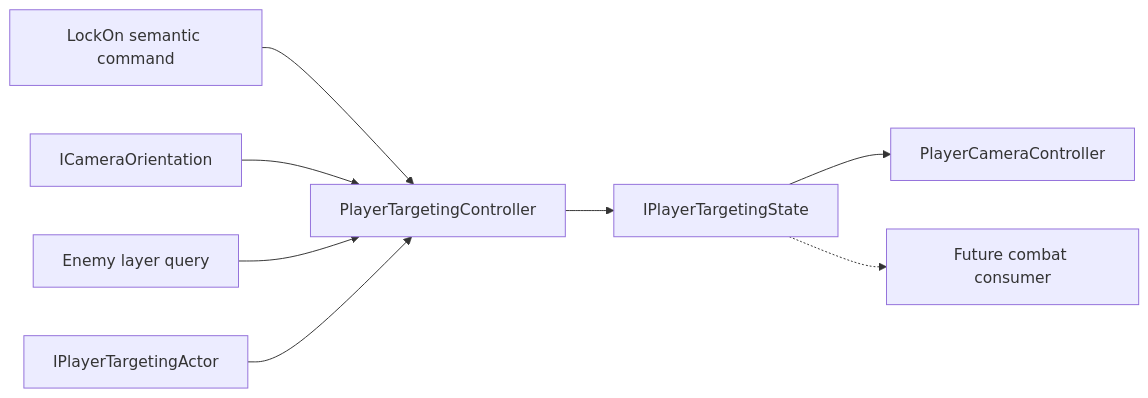
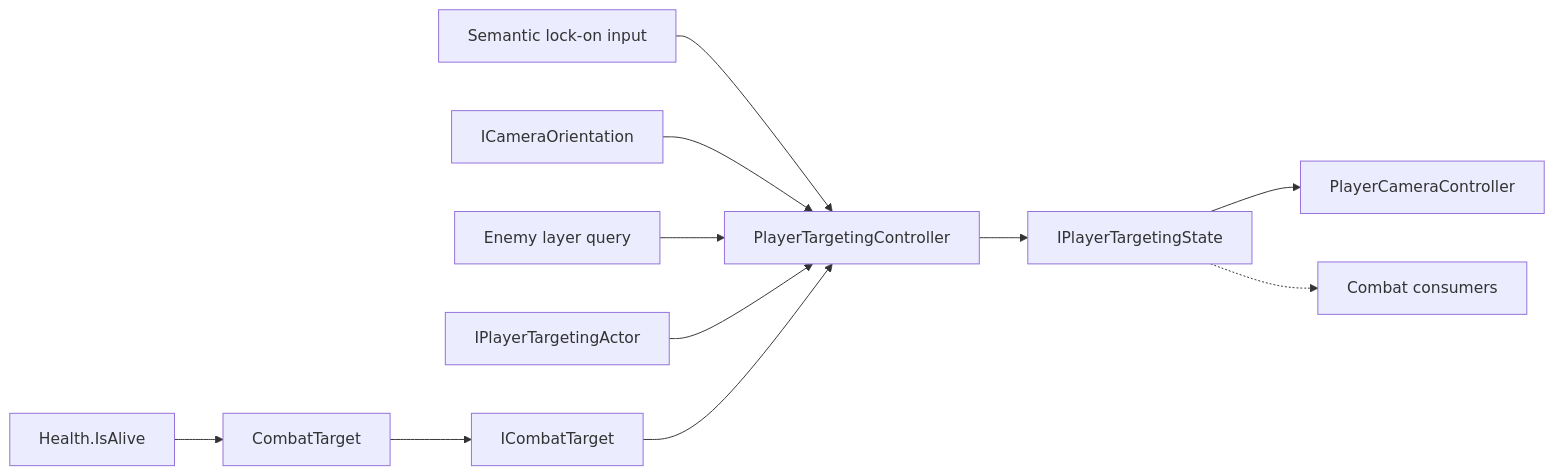
The second of 2 diagrams in Docs/Architecture/Player.Targeting.md (MaximFonariuc/project-s), drawn with Mermaid before and after one commit. The commit also changed other lines of this file and 4 other files, not shown here.

Commit message:
feat: add explicit combat target boundary

````diff
--- a/Docs/Architecture/Player.Targeting.md
+++ b/Docs/Architecture/Player.Targeting.md
@@ -83,10 +120,13 @@
 ```mermaid
 flowchart LR
-    Input["LockOn semantic command"] --> Targeting["PlayerTargetingController"]
+    Input["Semantic lock-on input"] --> Targeting["PlayerTargetingController"]
     CameraView["ICameraOrientation"] --> Targeting
     Physics["Enemy layer query"] --> Targeting
     Actor["IPlayerTargetingActor"] --> Targeting
+    Target["ICombatTarget"] --> Targeting
+    Health["Health.IsAlive"] --> CombatTarget["CombatTarget"]
+    CombatTarget --> Target
     Targeting --> State["IPlayerTargetingState"]
     State --> Camera["PlayerCameraController"]
-    State -.-> Combat["Future combat consumer"]
+    State -.-> Combat["Combat consumers"]
 ```
````
